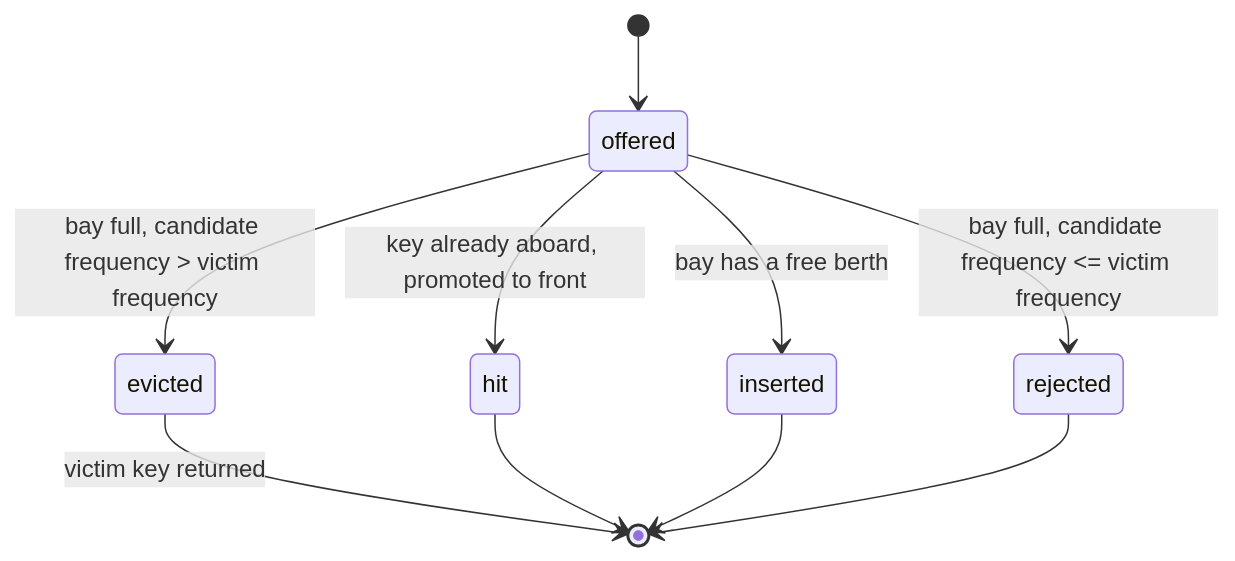
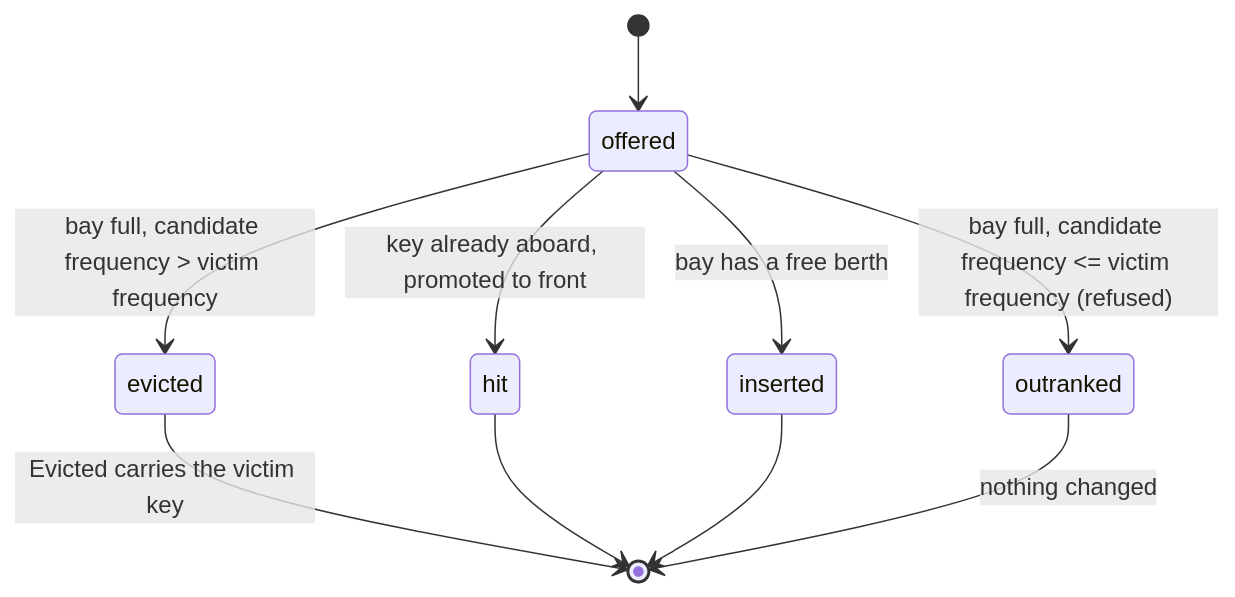
The first of 2 diagrams in README.md (seuros/cache_machines), drawn with Mermaid before and after one commit. The commit also changed other lines of this file and 9 other files, not shown here.

````diff
--- a/README.md
+++ b/README.md
@@ -54,12 +55,12 @@
 ```mermaid
 stateDiagram-v2
     [*] --> offered
     offered --> hit: key already aboard, promoted to front
     offered --> inserted: bay has a free berth
-    offered --> rejected: bay full, candidate frequency <= victim frequency
+    offered --> outranked: bay full, candidate frequency <= victim frequency (refused)
     offered --> evicted: bay full, candidate frequency > victim frequency
-    evicted --> [*]: victim key returned
+    evicted --> [*]: Evicted carries the victim key
     hit --> [*]
     inserted --> [*]
-    rejected --> [*]
+    outranked --> [*]: nothing changed
 ```
````
